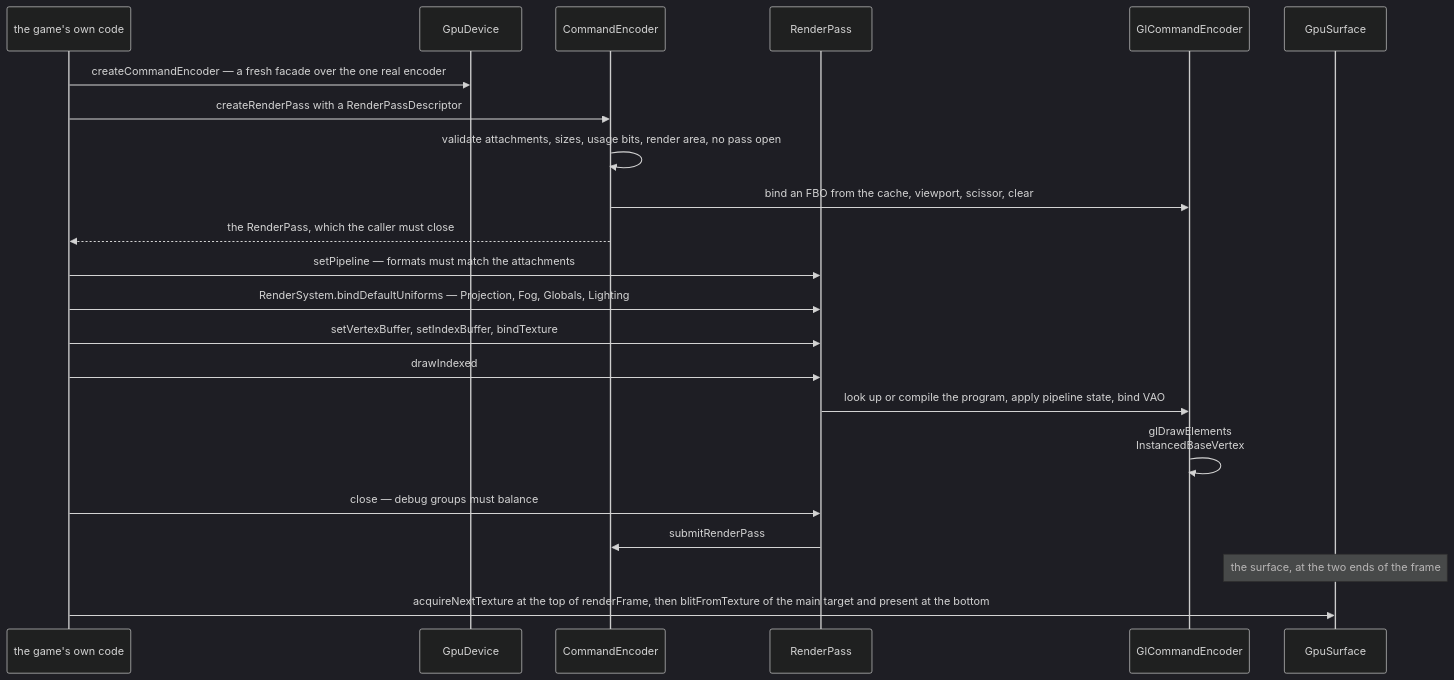
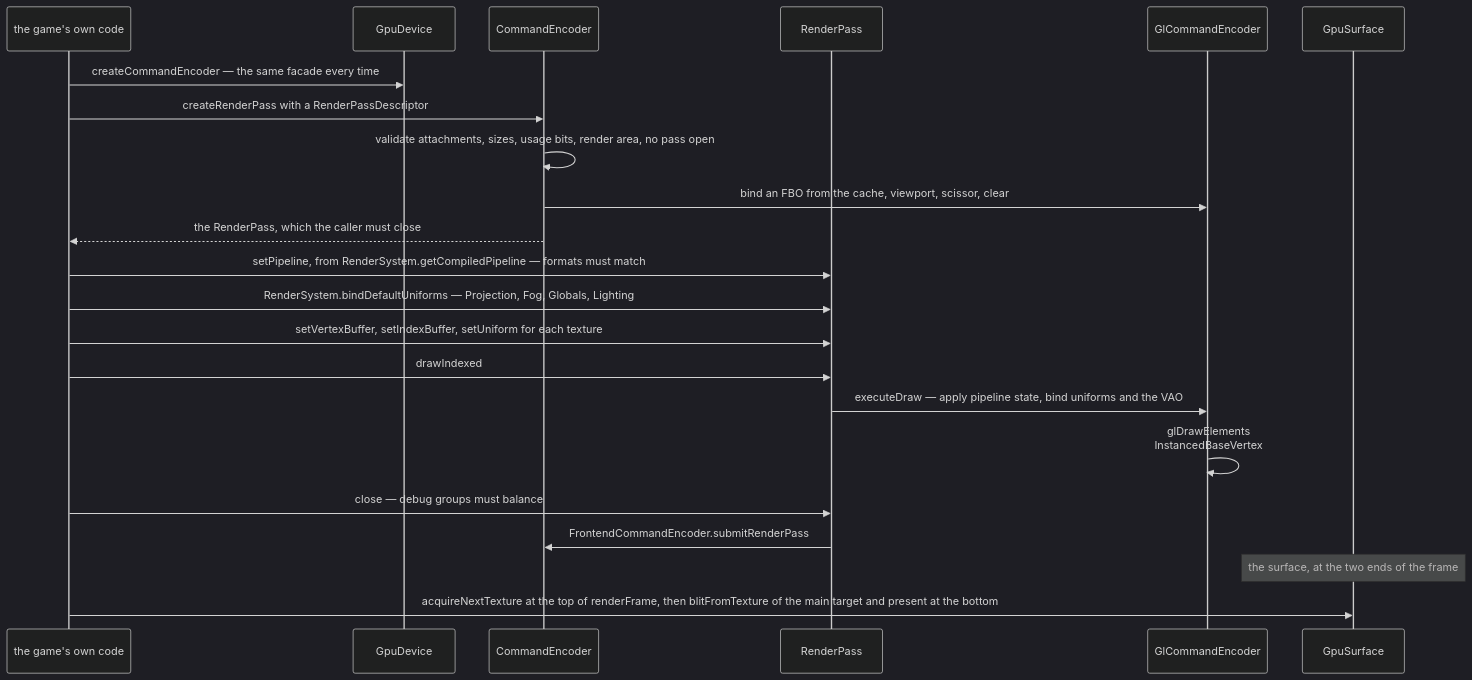
Before and after one commit to AlexanderjFraser/MinecraftDocs: the second of 2 diagrams in src/systems/rendering/blaze3d.md, drawn with Mermaid (dark theme). The commit also changed other lines of this file and 68 other files, not shown here.

````diff
--- a/src/systems/rendering/blaze3d.md
+++ b/src/systems/rendering/blaze3d.md
@@ -290,25 +309,25 @@
 ```mermaid
 sequenceDiagram
     participant Game as the game's own code
     participant GD as GpuDevice
     participant CE as CommandEncoder
     participant RP as RenderPass
     participant GlCE as GlCommandEncoder
     participant GpuS as GpuSurface
 
-    Game->>GD: createCommandEncoder — a fresh facade over the one real encoder
+    Game->>GD: createCommandEncoder — the same facade every time
     Game->>CE: createRenderPass with a RenderPassDescriptor
     CE->>CE: validate attachments, sizes, usage bits, render area, no pass open
     CE->>GlCE: bind an FBO from the cache, viewport, scissor, clear
     CE-->>Game: the RenderPass, which the caller must close
-    Game->>RP: setPipeline — formats must match the attachments
+    Game->>RP: setPipeline, from RenderSystem.getCompiledPipeline — formats must match
     Game->>RP: RenderSystem.bindDefaultUniforms — Projection, Fog, Globals, Lighting
-    Game->>RP: setVertexBuffer, setIndexBuffer, bindTexture
+    Game->>RP: setVertexBuffer, setIndexBuffer, setUniform for each texture
     Game->>RP: drawIndexed
-    RP->>GlCE: look up or compile the program, apply pipeline state, bind VAO
+    RP->>GlCE: executeDraw — apply pipeline state, bind uniforms and the VAO
     GlCE->>GlCE: glDrawElements<br/>InstancedBaseVertex
     Game->>RP: close — debug groups must balance
-    RP->>CE: submitRenderPass
+    RP->>CE: FrontendCommandEncoder.submitRenderPass
     Note over GpuS: the surface, at the two ends of the frame
     Game->>GpuS: acquireNextTexture at the top of renderFrame, then blitFromTexture of the main target and present at the bottom
 ```
````
